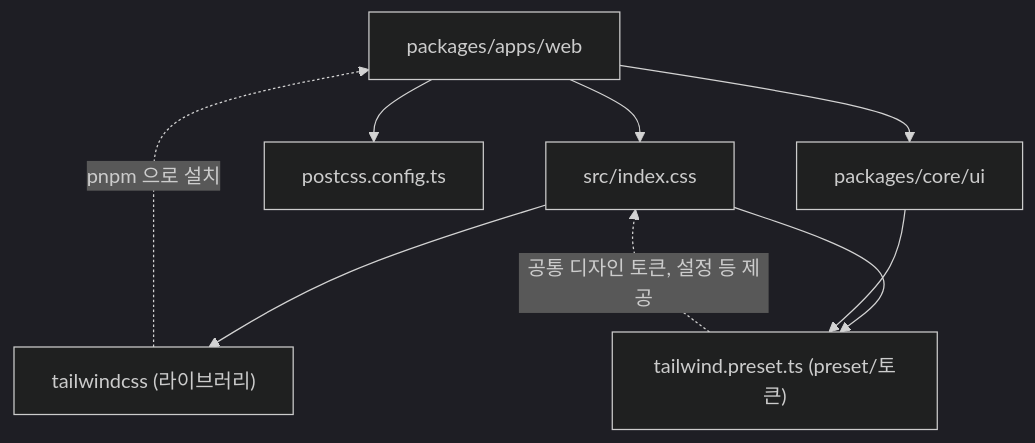
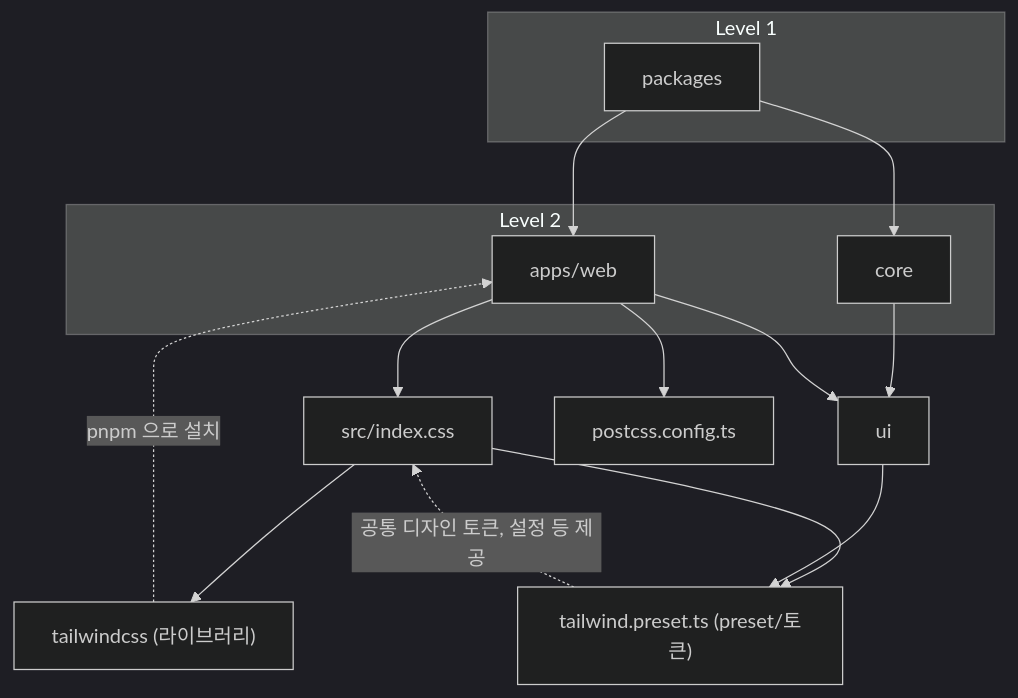
Before and after one commit to ramyo564/git_blog: the third of 9 diagrams in _posts/Git_Blog/AiTodo/Frontend/2025-06-24-ai_todo_3_f_react_architecture.md, drawn with Mermaid (dark theme). The commit also changed other lines of this file and 1 other file, not shown here.

````diff
--- a/_posts/Git_Blog/AiTodo/Frontend/2025-06-24-ai_todo_3_f_react_architecture.md
+++ b/_posts/Git_Blog/AiTodo/Frontend/2025-06-24-ai_todo_3_f_react_architecture.md
@@ -156,20 +158,29 @@
 ```mermaid
 graph TD
-  WebApp["packages/apps/web"]
-  WebSrc["src/index.css"]
-  Tailwind["tailwindcss (라이브러리)"]
-  PostCSS["postcss.config.ts"]
-  CoreUI["packages/core/ui"]
-  Preset["tailwind.preset.ts (preset/토큰)"]
+	subgraph Level 1
+		Packages["packages"]
+	end
+	subgraph Level 2
+		WebApp["apps/web"]
+		Core["core"]
+	end
+	  CoreUI["ui"]
+	  WebSrc["src/index.css"]
+	  Tailwind["tailwindcss (라이브러리)"]
+	  PostCSS["postcss.config.ts"]
+	  Preset["tailwind.preset.ts (preset/토큰)"]
 
+  Packages --> WebApp
+  Packages --> Core
+  Core --> CoreUI
   WebApp --> WebSrc
   WebApp --> PostCSS
   WebSrc --> Tailwind
   WebSrc --> Preset
   WebApp --> CoreUI
   CoreUI --> Preset
 
   %% 설명 노드
   Tailwind -.->|"pnpm 으로 설치"| WebApp
   Preset -.->|"공통 디자인 토큰, 설정 등 제공"| WebSrc
 ```
````
